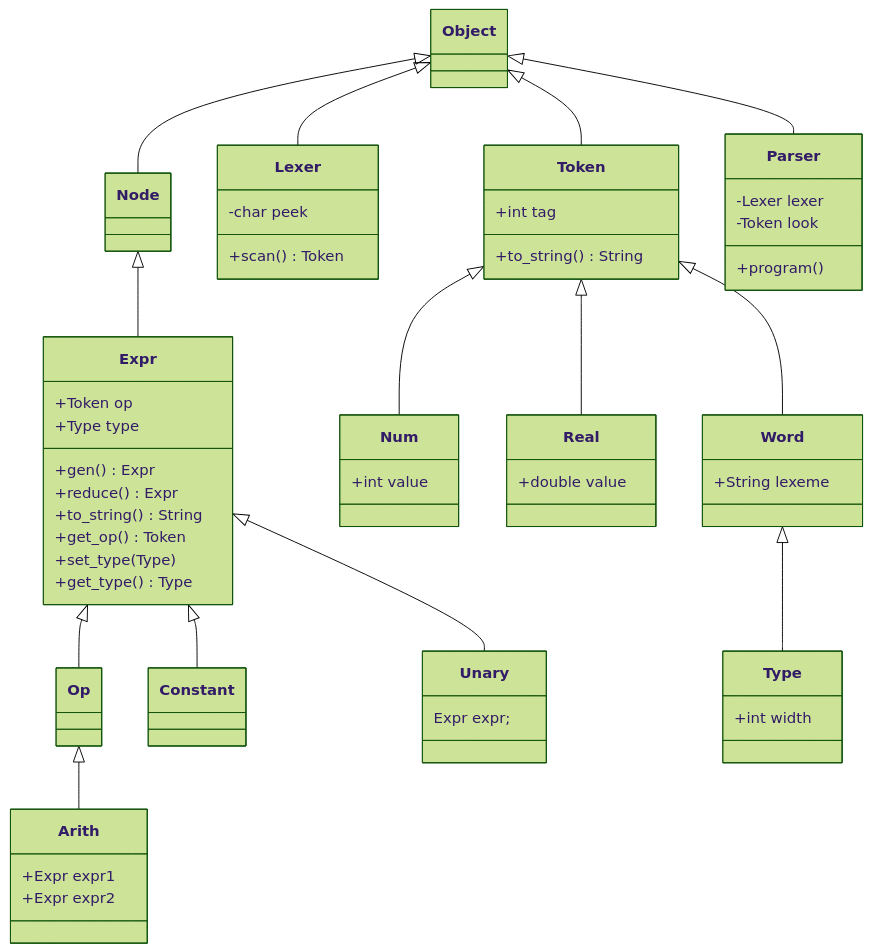
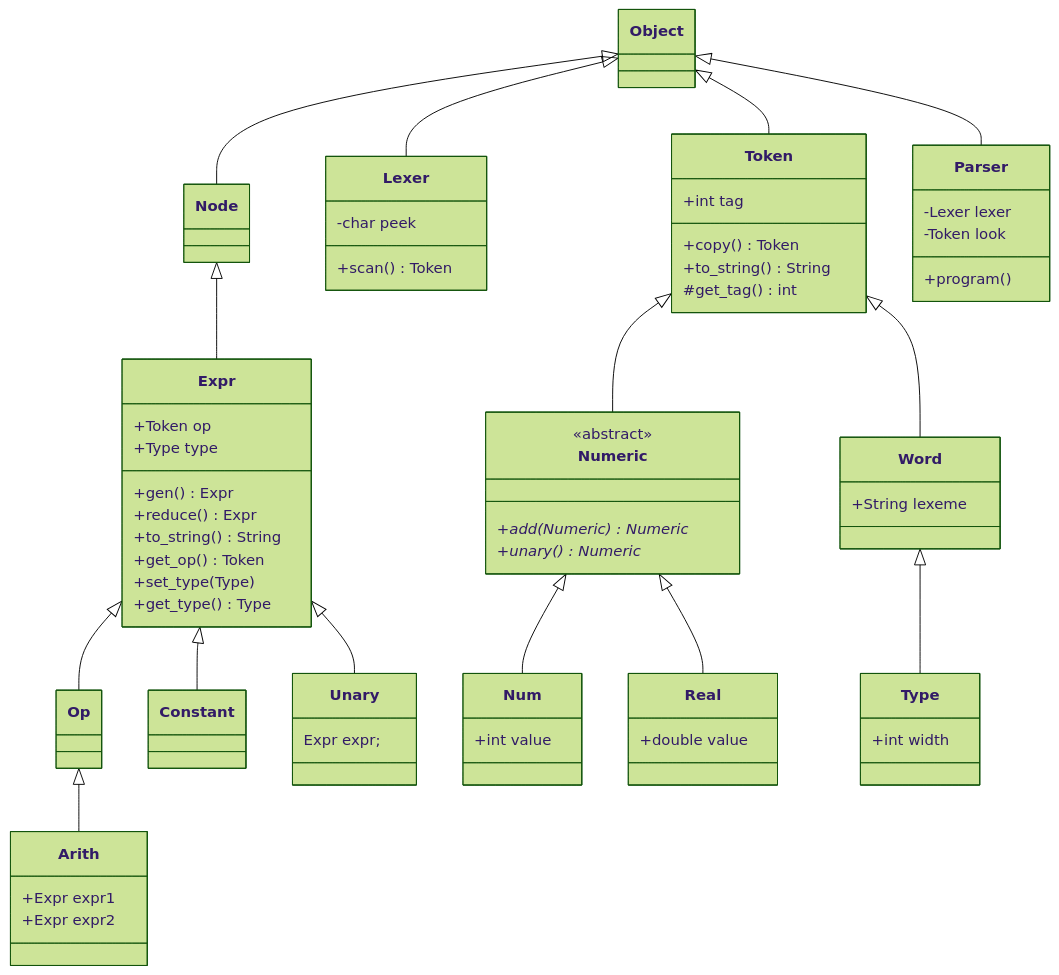
Before and after one commit to nwhean/42_computorv: the diagram in diagram.md, drawn with Mermaid (forest theme). The commit also changed 12 other files, not shown here.

```diff
--- a/diagram.md
+++ b/diagram.md
@@ -41,13 +41,21 @@
 		+scan() Token
 	}
 
-	Token <|-- Num
+	Numeric <|-- Num
 
 	class Num {
 		+int value
 	}
 
-	Token <|-- Real
+	Token <|-- Numeric
+
+	class Numeric {
+		<<abstract>>
+		+add(Numeric) Numeric*
+		+unary() Numeric*
+	}
+
+	Numeric <|-- Real
 
 	class Real {
 		+double value
@@ -57,7 +65,9 @@
 
 	class Token {
 		+int tag
+		+copy() Token
 		+to_string() String
+		#get_tag() int
 	}
 
 	Token <|-- Word
```
